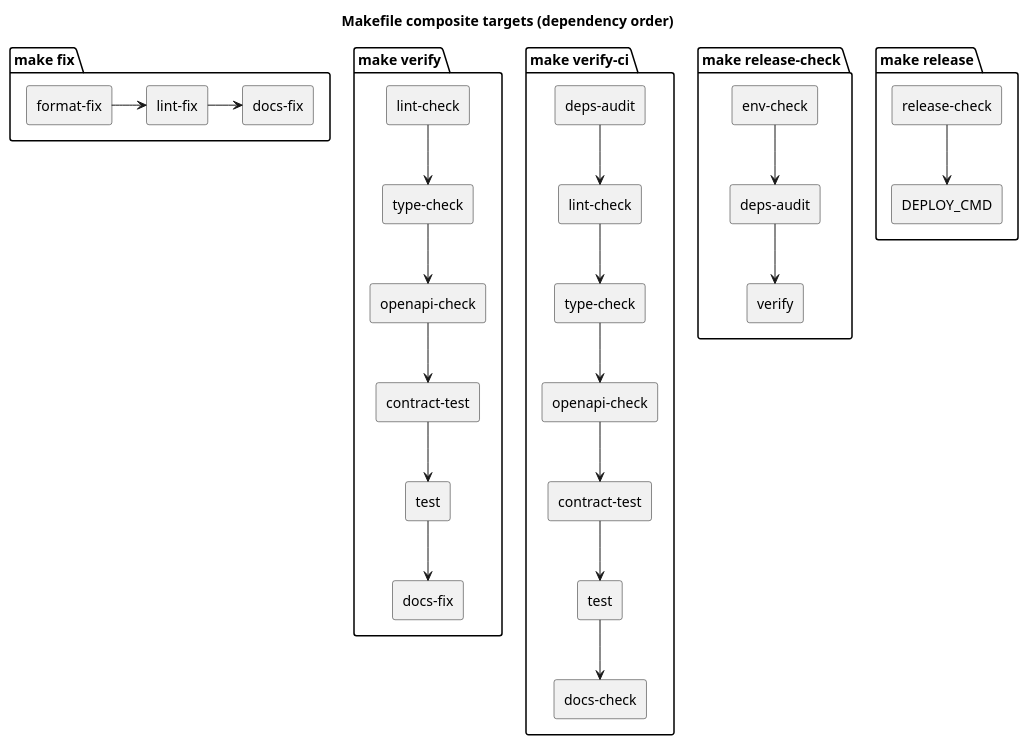
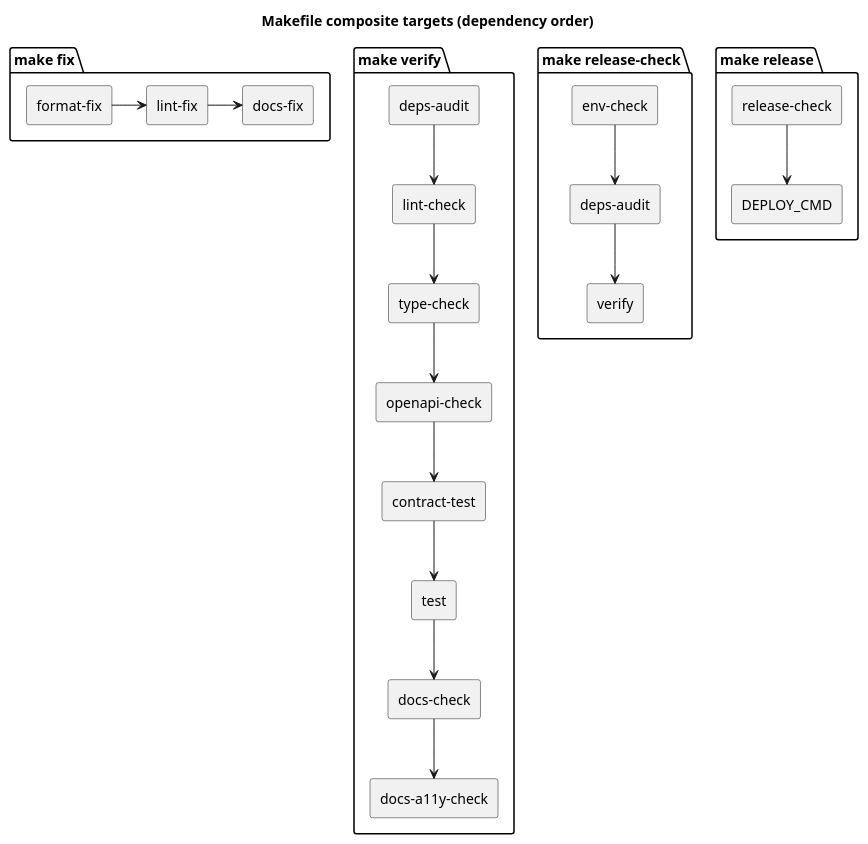
The diagram in docs/uml/make/composite_pipelines.puml (iboiarkin96/etr_study_api), drawn with PlantUML before and after one commit. The commit also changed 55 other files, not shown here.

```diff
--- a/docs/uml/make/composite_pipelines.puml
+++ b/docs/uml/make/composite_pipelines.puml
@@ -1,58 +1,46 @@
 @startuml
 title Makefile composite targets (dependency order)
 
 top to bottom direction
 
 package "make fix" {
   rectangle "format-fix" as f1
   rectangle "lint-fix" as f2
   rectangle "docs-fix" as f3
   f1 -right-> f2
   f2 -right-> f3
 }
 
 package "make verify" {
+  rectangle "deps-audit" as m0
   rectangle "lint-check" as m1
   rectangle "type-check" as m2
   rectangle "openapi-check" as m3
   rectangle "contract-test" as m4
   rectangle "test" as m5
-  rectangle "docs-fix" as m6
+  rectangle "docs-check" as m6
+  rectangle "docs-a11y-check" as m7
+  m0 -down-> m1
   m1 -down-> m2
   m2 -down-> m3
   m3 -down-> m4
   m4 -down-> m5
   m5 -down-> m6
-}
-
-package "make verify-ci" {
-  rectangle "deps-audit" as c0
-  rectangle "lint-check" as c1
-  rectangle "type-check" as c2
-  rectangle "openapi-check" as c3
-  rectangle "contract-test" as c4
-  rectangle "test" as c5
-  rectangle "docs-check" as c6
-  c0 -down-> c1
-  c1 -down-> c2
-  c2 -down-> c3
-  c3 -down-> c4
-  c4 -down-> c5
-  c5 -down-> c6
+  m6 -down-> m7
 }
 
 package "make release-check" {
   rectangle "env-check" as rc1
   rectangle "deps-audit" as rc2
   rectangle "verify" as rc3
   rc1 -down-> rc2
   rc2 -down-> rc3
 }
 
 package "make release" {
   rectangle "release-check" as rel1
   rectangle "DEPLOY_CMD" as rel2
   rel1 -down-> rel2
 }
 
 @enduml
```
